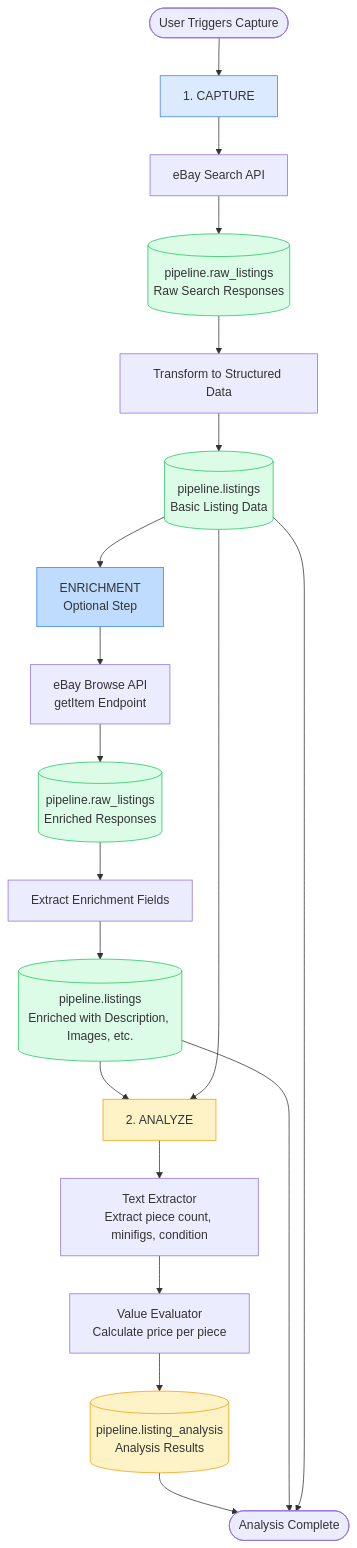
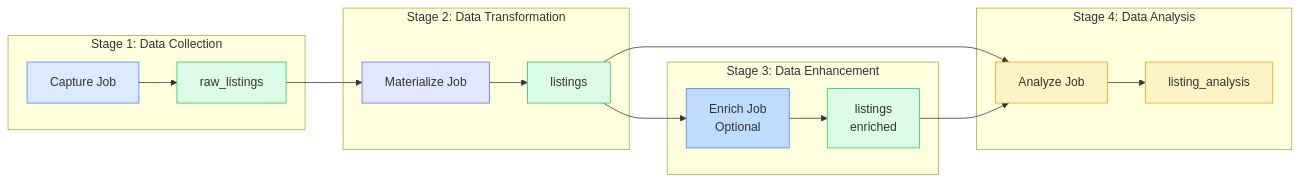
The first of 3 diagrams in docs/pipeline.md (jeshuamaxey/brick-index), drawn with Mermaid before and after one commit. The commit also changed other lines of this file and 25 other files, not shown here.

First line of the commit message:
Add materialize job UI, improve action pages, and enhance jobs table

````diff
--- a/docs/pipeline.md
+++ b/docs/pipeline.md
@@ -9,34 +9,31 @@
 ```mermaid
-flowchart TD
-    Start([User Triggers Capture]) --> Capture[1. CAPTURE]
+flowchart LR
+    subgraph "Stage 1: Data Collection"
+        A[Capture Job] --> B[raw_listings]
+    end
     
-    Capture --> MarketplaceAPI[eBay Search API]
-    MarketplaceAPI --> RawListings[(pipeline.raw_listings<br/>Raw Search Responses)]
-    RawListings --> Transform[Transform to Structured Data]
-    Transform --> Listings[(pipeline.listings<br/>Basic Listing Data)]
+    subgraph "Stage 2: Data Transformation"
+        B --> C[Materialize Job]
+        C --> D[listings]
+    end
     
-    Listings --> Enrich[ENRICHMENT<br/>Optional Step]
-    Enrich --> EnrichAPI[eBay Browse API<br/>getItem Endpoint]
-    EnrichAPI --> EnrichedRaw[(pipeline.raw_listings<br/>Enriched Responses)]
-    EnrichedRaw --> EnrichExtract[Extract Enrichment Fields]
-    EnrichExtract --> EnrichedListings[(pipeline.listings<br/>Enriched with Description, Images, etc.)]
+    subgraph "Stage 3: Data Enhancement"
+        D --> E[Enrich Job<br/>Optional]
+        E --> F[listings<br/>enriched]
+    end
     
-    EnrichedListings --> Analyze[2. ANALYZE]
-    Listings --> Analyze
-    Analyze --> TextExtractor[Text Extractor<br/>Extract piece count, minifigs, condition]
-    TextExtractor --> ValueEvaluator[Value Evaluator<br/>Calculate price per piece]
-    ValueEvaluator --> Analysis[(pipeline.listing_analysis<br/>Analysis Results)]
+    subgraph "Stage 4: Data Analysis"
+        D --> G[Analyze Job]
+        F --> G
+        G --> H[listing_analysis]
+    end
     
-    Analysis --> End([Analysis Complete])
-    EnrichedListings --> End
-    Listings --> End
-    
-    style Capture fill:#dbeafe,stroke:#3b82f6
-    style Enrich fill:#bfdbfe,stroke:#3b82f6
-    style Analyze fill:#fef3c7,stroke:#f59e0b
-    style RawListings fill:#dcfce7,stroke:#22c55e
-    style Listings fill:#dcfce7,stroke:#22c55e
-    style EnrichedRaw fill:#dcfce7,stroke:#22c55e
-    style EnrichedListings fill:#dcfce7,stroke:#22c55e
-    style Analysis fill:#fef3c7,stroke:#f59e0b
+    style A fill:#dbeafe,stroke:#3b82f6
+    style C fill:#e0e7ff,stroke:#6366f1
+    style E fill:#bfdbfe,stroke:#3b82f6
+    style G fill:#fef3c7,stroke:#f59e0b
+    style B fill:#dcfce7,stroke:#22c55e
+    style D fill:#dcfce7,stroke:#22c55e
+    style F fill:#dcfce7,stroke:#22c55e
+    style H fill:#fef3c7,stroke:#f59e0b
 ```
````
